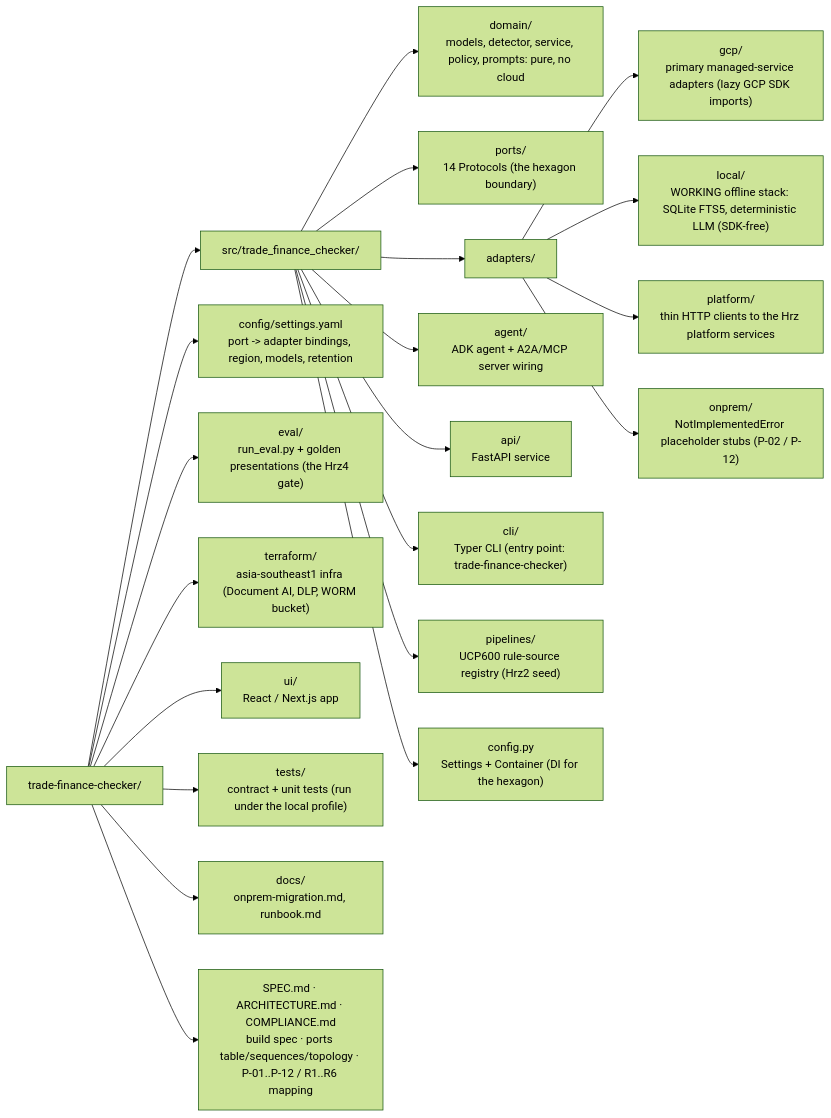
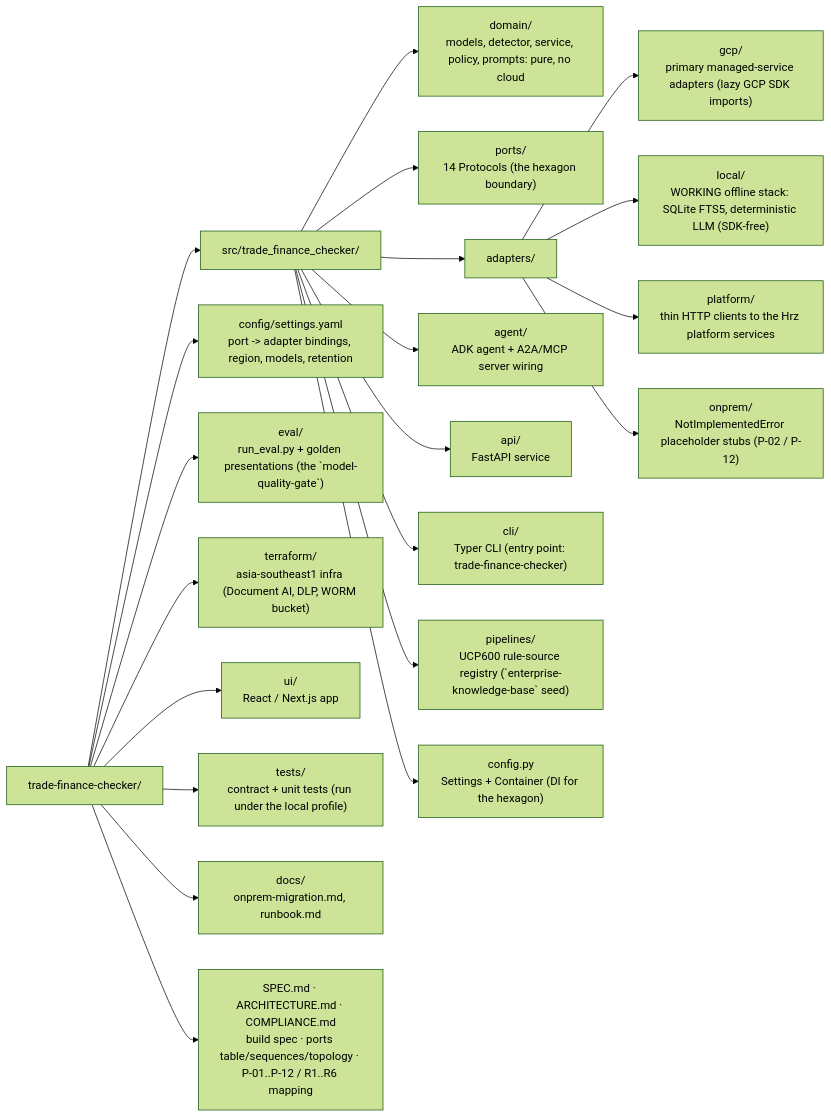
One commit to portable-genai/trade-finance-checker changed the third of 3 diagrams in README.md. Above: the diagram before and after it, drawn with Mermaid (forest theme). The commit also changed other lines of this file and 34 other files, not shown here.

````diff
--- a/README.md
+++ b/README.md
@@ -367,45 +366,45 @@
 ```mermaid
 flowchart LR
     root["trade-finance-checker/"]
     src["src/trade_finance_checker/"]
     domain["domain/<br/>models, detector, service, policy, prompts: pure, no cloud"]
     ports["ports/<br/>14 Protocols (the hexagon boundary)"]
     adapters["adapters/"]
     gcp["gcp/<br/>primary managed-service adapters (lazy GCP SDK imports)"]
     local["local/<br/>WORKING offline stack: SQLite FTS5, deterministic LLM (SDK-free)"]
     platform["platform/<br/>thin HTTP clients to the Hrz platform services"]
     onprem["onprem/<br/>NotImplementedError placeholder stubs (P-02 / P-12)"]
     agent["agent/<br/>ADK agent + A2A/MCP server wiring"]
     api["api/<br/>FastAPI service"]
     cli["cli/<br/>Typer CLI (entry point: trade-finance-checker)"]
-    pipelines["pipelines/<br/>UCP600 rule-source registry (Hrz2 seed)"]
+    pipelines["pipelines/<br/>UCP600 rule-source registry (`enterprise-knowledge-base` seed)"]
     srcconfig["config.py<br/>Settings + Container (DI for the hexagon)"]
     config["config/settings.yaml<br/>port -> adapter bindings, region, models, retention"]
-    eval["eval/<br/>run_eval.py + golden presentations (the Hrz4 gate)"]
+    eval["eval/<br/>run_eval.py + golden presentations (the `model-quality-gate`)"]
     terraform["terraform/<br/>asia-southeast1 infra (Document AI, DLP, WORM bucket)"]
     ui["ui/<br/>React / Next.js app"]
     tests["tests/<br/>contract + unit tests (run under the local profile)"]
     docs["docs/<br/>onprem-migration.md, runbook.md"]
     topdocs["SPEC.md · ARCHITECTURE.md · COMPLIANCE.md<br/>build spec · ports table/sequences/topology · P-01..P-12 / R1..R6 mapping"]
 
     root --> src
     src --> domain
     src --> ports
     src --> adapters
     adapters --> gcp
     adapters --> local
     adapters --> platform
     adapters --> onprem
     src --> agent
     src --> api
     src --> cli
     src --> pipelines
     src --> srcconfig
     root --> config
     root --> eval
     root --> terraform
     root --> ui
     root --> tests
     root --> docs
     root --> topdocs
 ```
````
